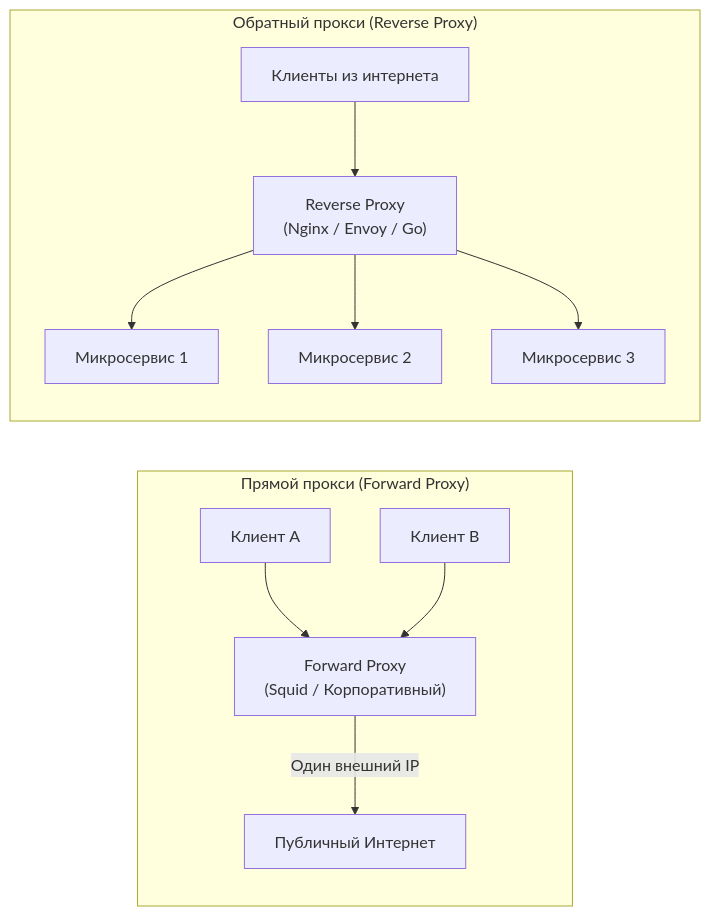
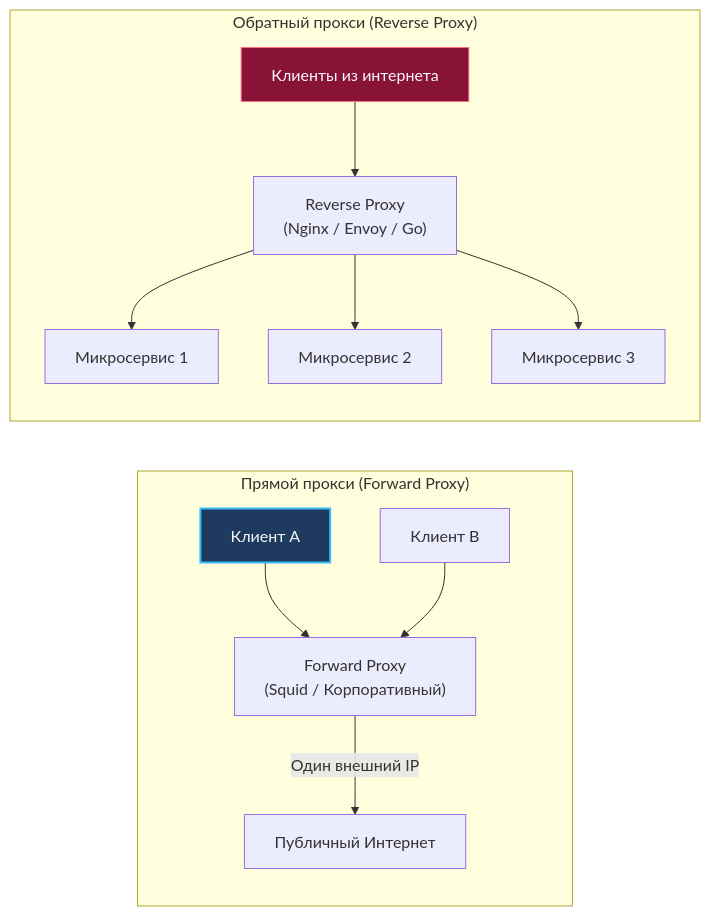
One commit to UnrealTemplier/go-textbook changed the first of 4 diagrams in sources/3. Компьютерные сети и сетевой стек/27. Прокси, Reverse Proxy и API Gateway.md. Above: the diagram before and after it, drawn with Mermaid. The commit also changed other lines of this file and 1666 other files, not shown here.

First line of the commit message:
feat(mermaid): add semantic color classDef to 1369 colorless flowchart/graph diagrams

````diff
--- a/sources/3. Компьютерные сети и сетевой стек/27. Прокси, Reverse Proxy и API Gateway.md
+++ b/sources/3. Компьютерные сети и сетевой стек/27. Прокси, Reverse Proxy и API Gateway.md
@@ -21,15 +21,25 @@
 ```mermaid
 flowchart LR
+    classDef process  fill:#1e293b,stroke:#38bdf8,stroke-width:1px,color:#f8fafc
+    classDef success  fill:#064e3b,stroke:#34d399,stroke-width:1px,color:#f8fafc
+    classDef error    fill:#7f1d1d,stroke:#f87171,stroke-width:1px,color:#f8fafc
+    classDef warning  fill:#78350f,stroke:#fbbf24,stroke-width:1px,color:#f8fafc
+    classDef entry    fill:#1e3a5f,stroke:#38bdf8,stroke-width:2px,color:#f8fafc
+    classDef aux      fill:#334155,stroke:#64748b,stroke-width:1px,color:#f8fafc
+    classDef system   fill:#312e81,stroke:#a78bfa,stroke-width:1px,color:#f8fafc
+    classDef data     fill:#132d29,stroke:#2dd4bf,stroke-width:1px,color:#f8fafc
+    classDef network  fill:#881337,stroke:#fb7185,stroke-width:1px,color:#f8fafc
+    classDef accent   fill:#1e1b4b,stroke:#818cf8,stroke-width:1px,color:#f8fafc
     subgraph FWD ["Прямой прокси (Forward Proxy)"]
-        C1["Клиент A"] --> FP["Forward Proxy<br/>(Squid / Корпоративный)"]
+        C1["Клиент A"]:::entry --> FP["Forward Proxy<br/>(Squid / Корпоративный)"]
         C2["Клиент B"] --> FP
         FP -->|"Один внешний IP"| Web["Публичный Интернет"]
     end
 
     subgraph REV ["Обратный прокси (Reverse Proxy)"]
-        Internet["Клиенты из интернета"] --> RP["Reverse Proxy<br/>(Nginx / Envoy / Go)"]
+        Internet["Клиенты из интернета"]:::network --> RP["Reverse Proxy<br/>(Nginx / Envoy / Go)"]
         RP --> B1["Микросервис 1"]
         RP --> B2["Микросервис 2"]
         RP --> B3["Микросервис 3"]
     end
 ```
````
